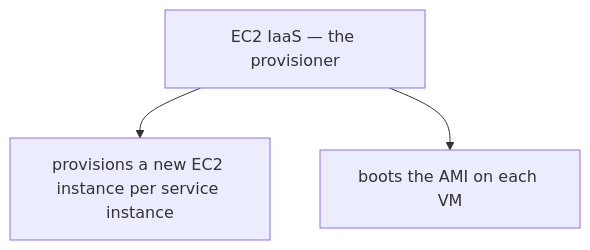
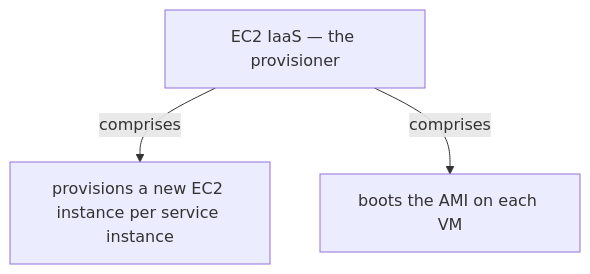
The sixth of 13 diagrams in docs/ch38-service-per-vm.md (vinayakuber/microservices-io-study-guide), drawn with Mermaid before and after one commit. The commit also changed other lines of this file and 71 other files, not shown here.

First line of the commit message:
R18: label every diagram arrow with its meaning

````diff
--- a/docs/ch38-service-per-vm.md
+++ b/docs/ch38-service-per-vm.md
@@ -207,6 +207,6 @@
 ```mermaid
 flowchart TD
   R["EC2 IaaS — the provisioner"]
-  R --> P0["provisions a new EC2 instance per service instance"]
-  R --> P1["boots the AMI on each VM"]
+  R -->|"comprises"| P0["provisions a new EC2 instance per service instance"]
+  R -->|"comprises"| P1["boots the AMI on each VM"]
 ```
````
